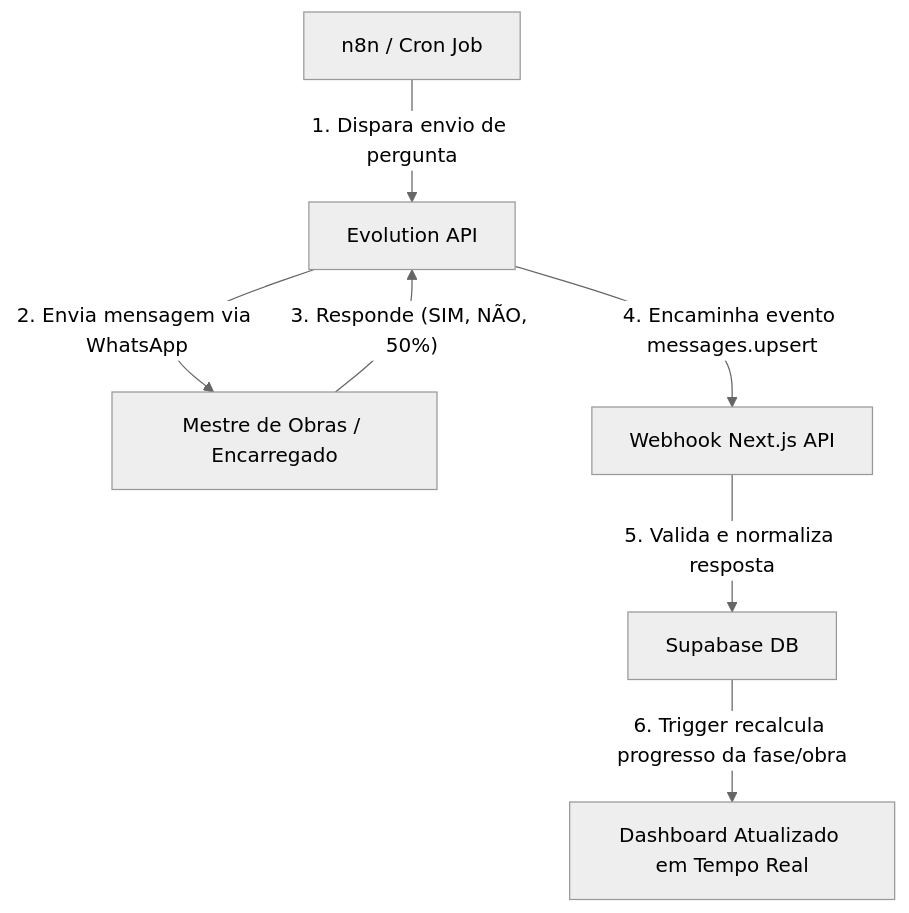
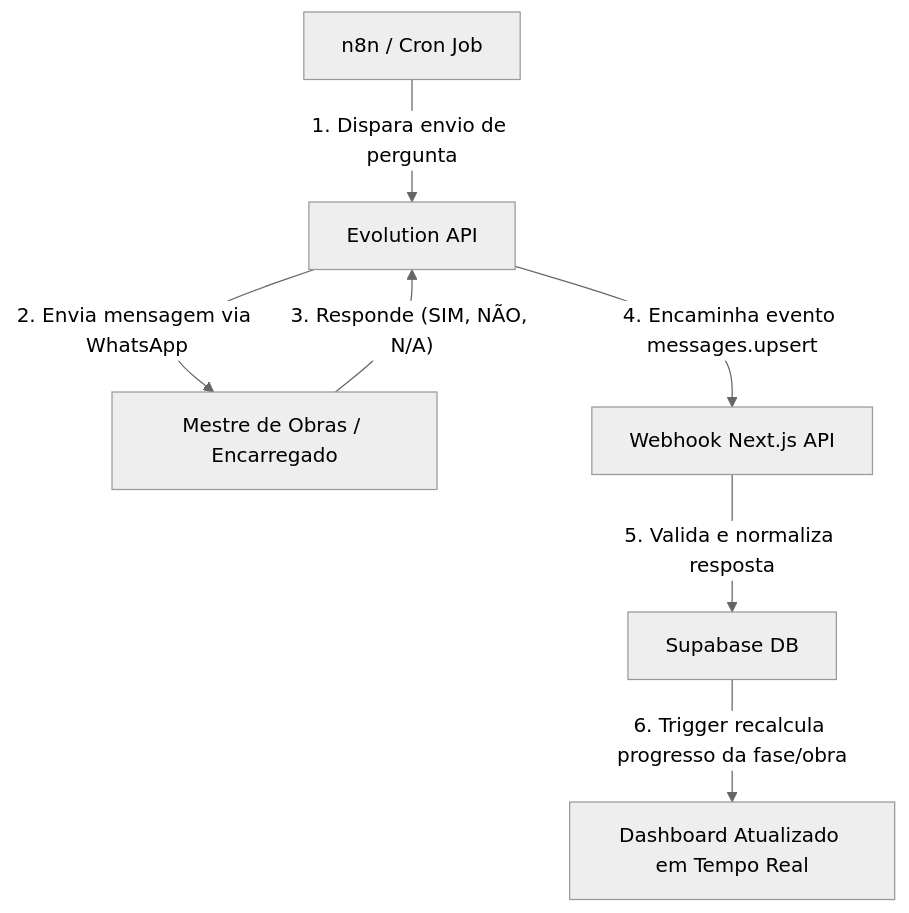
One commit to jhonatanfluiz/saas-acompanhamento-de-obra changed the diagram in INTEGRATION_GUIDE.md. Above: the diagram before and after it, drawn with Mermaid (neutral theme). The commit also changed other lines of this file and 39 other files, not shown here.

````diff
--- a/INTEGRATION_GUIDE.md
+++ b/INTEGRATION_GUIDE.md
@@ -11,9 +11,9 @@
 ```mermaid
 graph TD
     A[n8n / Cron Job] -- 1. Dispara envio de pergunta --> B[Evolution API]
     B -- 2. Envia mensagem via WhatsApp --> C[Mestre de Obras / Encarregado]
-    C -- 3. Responde (SIM, NÃO, 50%) --> B
+    C -- 3. Responde (SIM, NÃO, N/A) --> B
     B -- 4. Encaminha evento messages.upsert --> D[Webhook Next.js API]
     D -- 5. Valida e normaliza resposta --> E[Supabase DB]
     E -- 6. Trigger recalcula progresso da fase/obra --> F[Dashboard Atualizado em Tempo Real]
 ```
````
